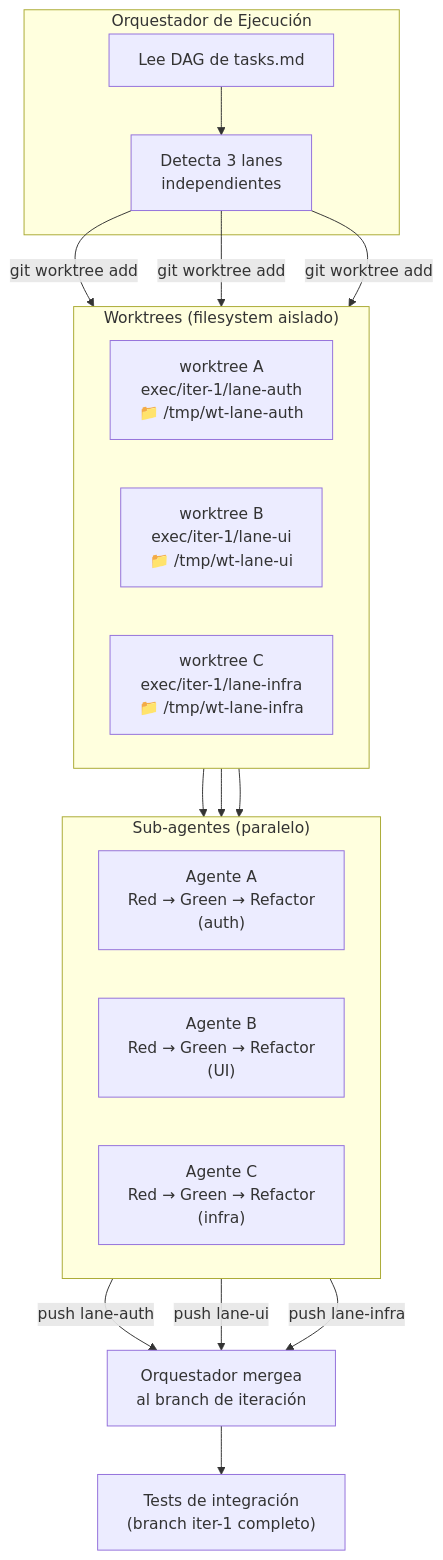
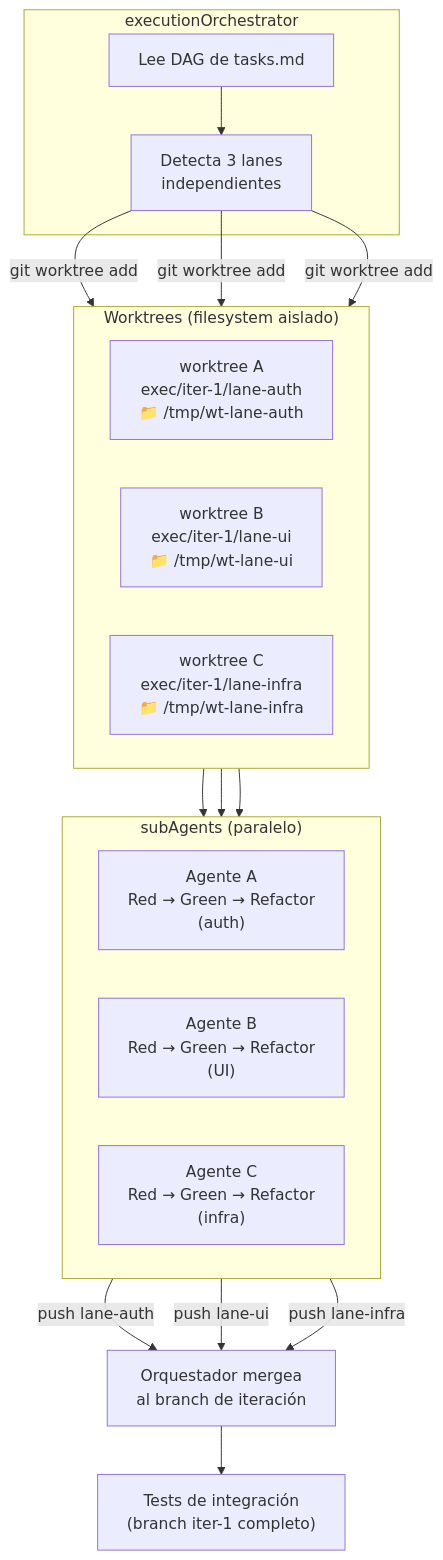
One commit to virgenherrera/idea-to-mvp changed the second of 7 diagrams in docs/execution/git-strategy.md. Above: the diagram before and after it, drawn with Mermaid. The commit also changed other lines of this file and 30 other files, not shown here.

````diff
--- a/docs/execution/git-strategy.md
+++ b/docs/execution/git-strategy.md
@@ -95,37 +109,37 @@
 ```mermaid
 flowchart TD
-    subgraph OE["Orquestador de Ejecución"]
+    subgraph OE["executionOrchestrator"]
         DAG["Lee DAG de tasks.md"]
         DETECT["Detecta 3 lanes\nindependientes"]
     end
 
     DAG --> DETECT
 
     subgraph WT["Worktrees (filesystem aislado)"]
         direction LR
         WT_A["worktree A\nexec/iter-1/lane-auth\n📁 /tmp/wt-lane-auth"]
         WT_B["worktree B\nexec/iter-1/lane-ui\n📁 /tmp/wt-lane-ui"]
         WT_C["worktree C\nexec/iter-1/lane-infra\n📁 /tmp/wt-lane-infra"]
     end
 
     DETECT -->|"git worktree add"| WT_A
     DETECT -->|"git worktree add"| WT_B
     DETECT -->|"git worktree add"| WT_C
 
-    subgraph AGENTS["Sub-agentes (paralelo)"]
+    subgraph AGENTS["subAgents (paralelo)"]
         direction LR
         AG_A["Agente A\nRed → Green → Refactor\n(auth)"]
         AG_B["Agente B\nRed → Green → Refactor\n(UI)"]
         AG_C["Agente C\nRed → Green → Refactor\n(infra)"]
     end
 
     WT_A --> AG_A
     WT_B --> AG_B
     WT_C --> AG_C
 
     AG_A -->|"push lane-auth"| MERGE["Orquestador mergea\nal branch de iteración"]
     AG_B -->|"push lane-ui"| MERGE
     AG_C -->|"push lane-infra"| MERGE
 
     MERGE --> INTEGRATION["Tests de integración\n(branch iter-1 completo)"]
 ```
````
